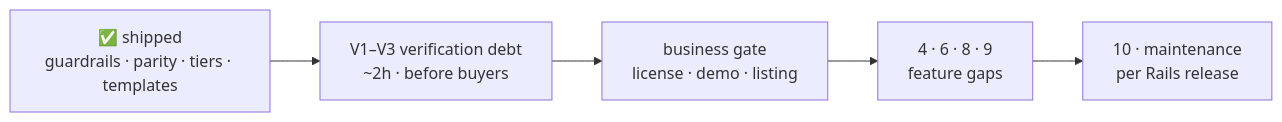
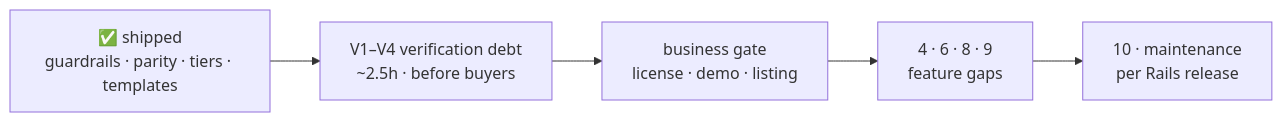
Before and after one commit to PositiveControl/rails-rocket-sheep: the third of 3 diagrams in docs/inventory.md, drawn with Mermaid. The commit also changed other lines of this file and 17 other files, not shown here.

````diff
--- a/docs/inventory.md
+++ b/docs/inventory.md
@@ -239,7 +247,7 @@
 ```mermaid
 flowchart LR
-  DONE["✅ shipped<br/>guardrails · parity · tiers · templates"] --> V["V1–V3 verification debt<br/>~2h · before buyers"]
+  DONE["✅ shipped<br/>guardrails · parity · tiers · templates"] --> V["V1–V4 verification debt<br/>~2.5h · before buyers"]
   V --> BIZ["business gate<br/>license · demo · listing"]
   BIZ --> T4["4 · 6 · 8 · 9<br/>feature gaps"]
   T4 --> M["10 · maintenance<br/>per Rails release"]
 ```
````
